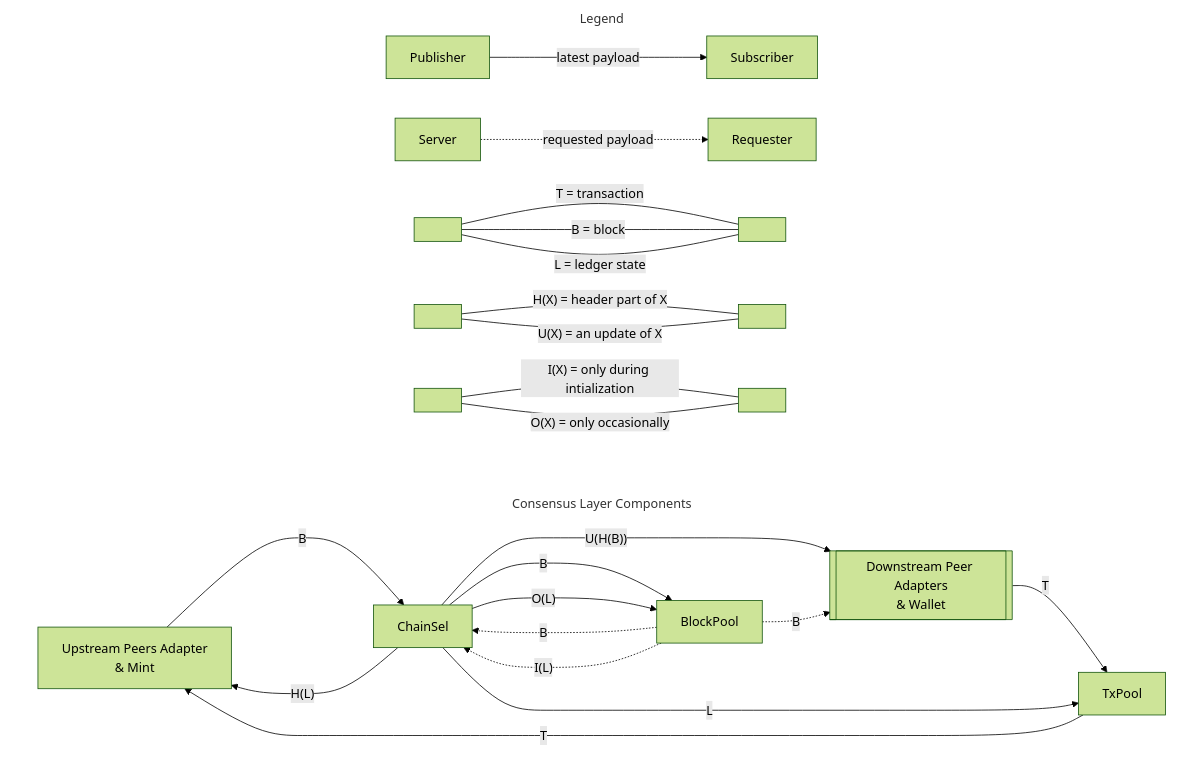
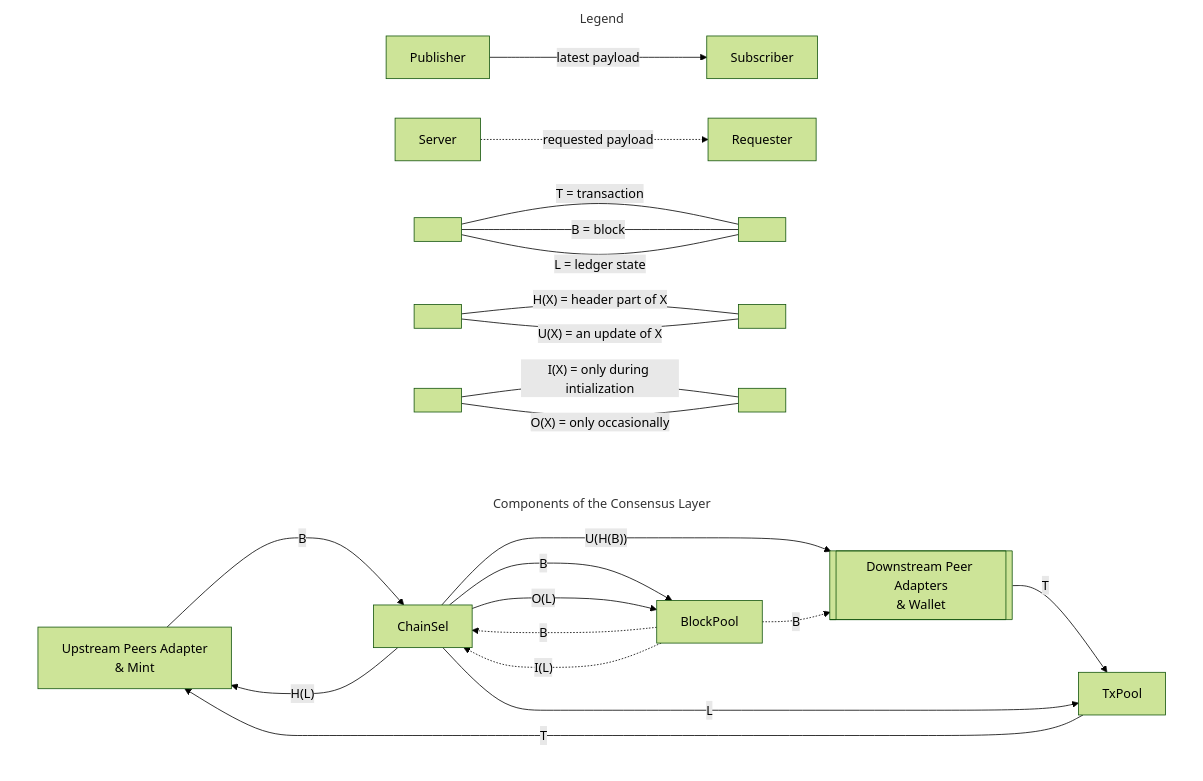
The first of 2 diagrams in docs/website/docs/ComponentDiagram.md (IntersectMBO/ouroboros-consensus), drawn with Mermaid (forest theme) before and after one commit. The commit also changed other lines of this file, not shown here.

````diff
--- a/docs/website/docs/ComponentDiagram.md
+++ b/docs/website/docs/ComponentDiagram.md
@@ -3,39 +3,39 @@
 ```mermaid
 graph LR
 
-    subgraph Consensus[Consensus Layer Components]
+    subgraph Consensus[Components of the Consensus Layer]
         direction LR
         Upstream["Upstream Peers Adapter\n& Mint"]---> |B| ChainSel --> |"U(H(B))"| Downstream[["Downstream Peer Adapters\n& Wallet"]]
         ChainSel ---> |B| BlockPool -.-> |B| Downstream
         Downstream --> |T| TxPool ---> |T| Upstream
 
         ChainSel ---> |"H(L)"| Upstream
         ChainSel --> |L| TxPool
         ChainSel ---> |"O(L)"| BlockPool
 
         BlockPool -.-> |B| ChainSel
         BlockPool -.-> |"I(L)"| ChainSel
     end
 
     subgraph Legend
         direction LR
         Publisher --> |latest payload| Subscriber
         Server -.-> |requested payload| Requester
         X1[" "]
         Y1[" "]
         X1 --- |"T = transaction"| Y1
         X1 --- |"B = block"| Y1
         X1 --- |"L = ledger state"| Y1
         X2[" "]
         Y2[" "]
         X2 --- |"H(X) = header part of X"| Y2
         X2 --- |"U(X) = an update of X"| Y2
         X3[" "]
         Y3[" "]
         X3 --- |"I(X) = only during intialization"| Y3
         X3 --- |"O(X) = only occasionally"| Y3
     end
 
 style Legend    fill:transparent,stroke:transparent
 style Consensus fill:transparent,stroke:transparent
 ```
````
